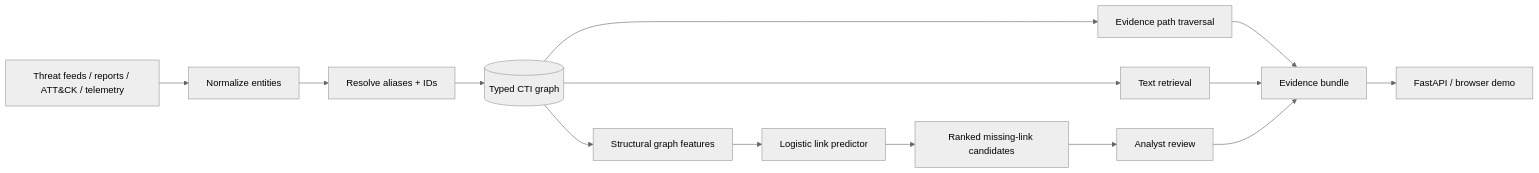
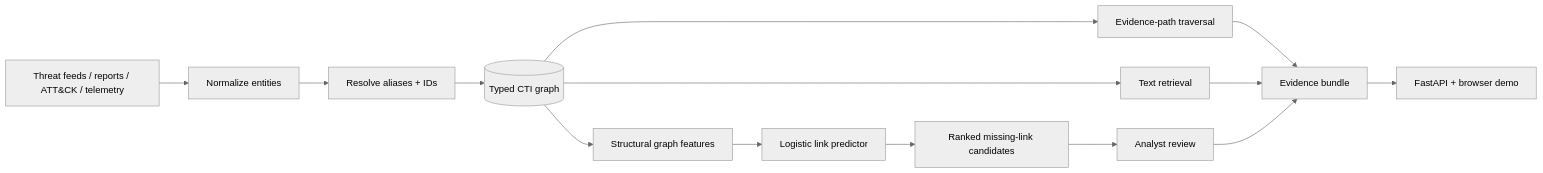
The diagram in README.md (VinayK88/Threat-intelligence-knowledgegraph), drawn with Mermaid (neutral theme) before and after one commit. The commit also changed other lines of this file, not shown here.

````diff
--- a/README.md
+++ b/README.md
@@ -42,16 +62,19 @@
 ```mermaid
 flowchart LR
-    F[Threat feeds / reports / ATT&CK / telemetry] --> N[Normalize entities]
-    N --> R[Resolve aliases + IDs]
-    R --> G[(Typed CTI graph)]
-    G --> P[Evidence path traversal]
-    G --> T[Text retrieval]
-    G --> X[Structural graph features]
-    X --> ML[Logistic link predictor]
-    ML --> C[Ranked missing-link candidates]
-    P --> E[Evidence bundle]
+    F["Threat feeds / reports / ATT&CK / telemetry"] --> N["Normalize entities"]
+    N --> R["Resolve aliases + IDs"]
+    R --> G[("Typed CTI graph")]
+
+    G --> P["Evidence-path traversal"]
+    G --> T["Text retrieval"]
+    G --> X["Structural graph features"]
+
+    X --> ML["Logistic link predictor"]
+    ML --> C["Ranked missing-link candidates"]
+
+    P --> E["Evidence bundle"]
     T --> E
-    C --> A[Analyst review]
+    C --> A["Analyst review"]
     A --> E
-    E --> API[FastAPI / browser demo]
+    E --> API["FastAPI + browser demo"]
 ```
````
